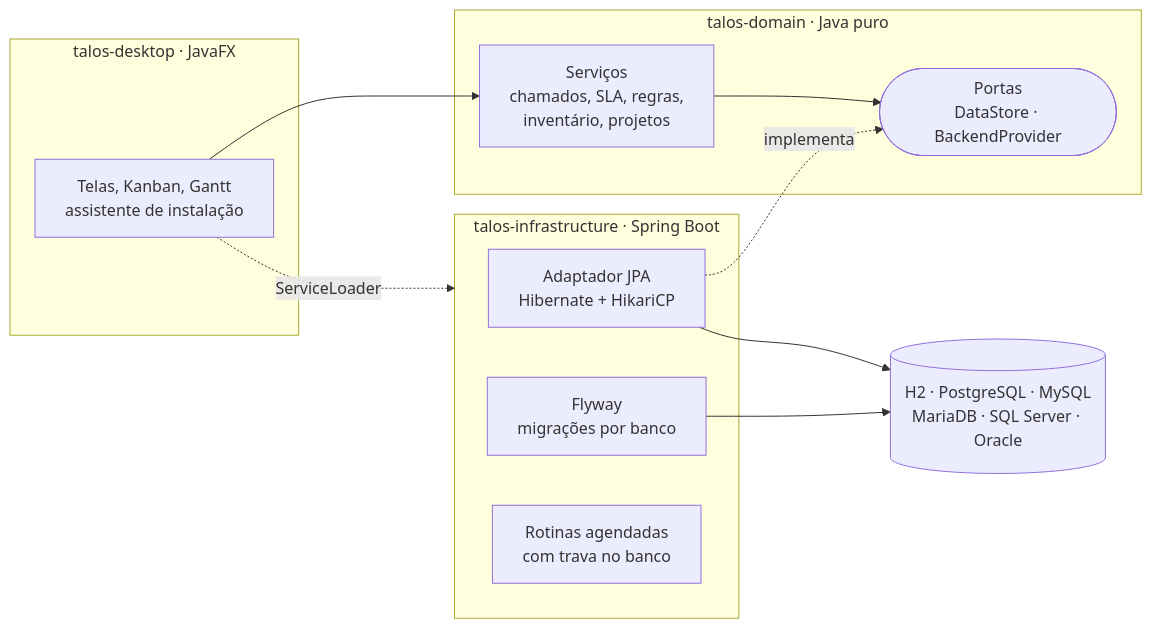
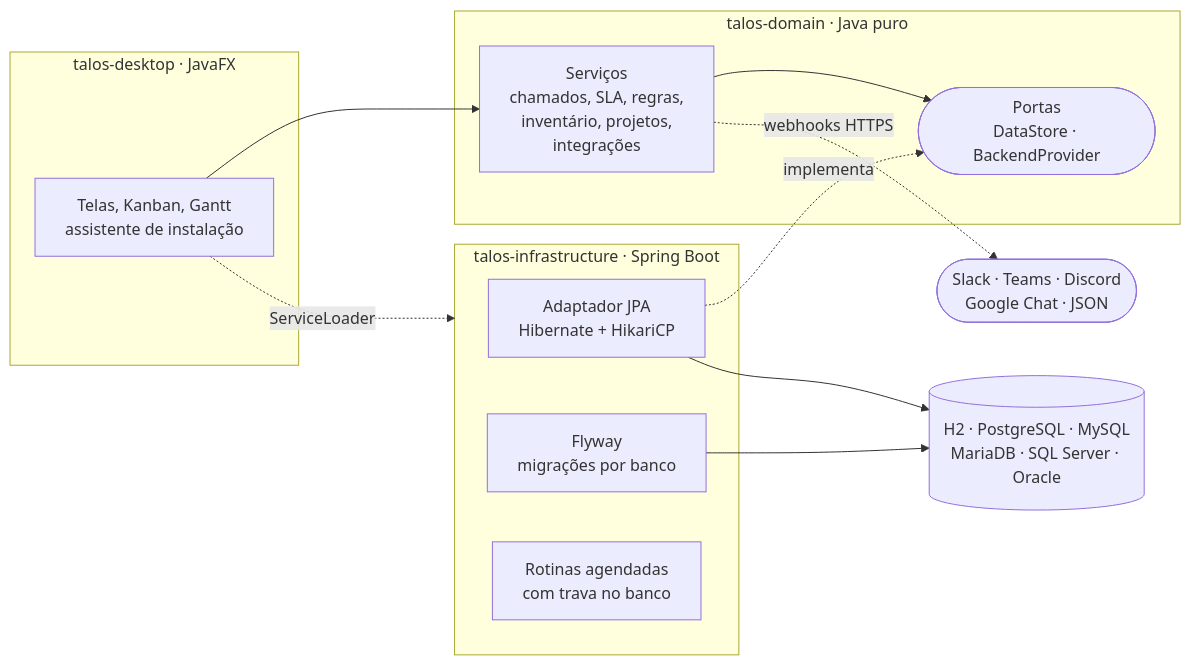
Before and after one commit to ravelroot/Information-Technology-Service-Management: the diagram in README.md, drawn with Mermaid. The commit also changed other lines of this file and 57 other files, not shown here.

````diff
--- a/README.md
+++ b/README.md
@@ -301,23 +410,25 @@
 ```mermaid
 flowchart LR
     subgraph desktop["talos-desktop · JavaFX"]
         UI["Telas, Kanban, Gantt<br/>assistente de instalação"]
     end
     subgraph domain["talos-domain · Java puro"]
-        S["Serviços<br/>chamados, SLA, regras,<br/>inventário, projetos"]
+        S["Serviços<br/>chamados, SLA, regras,<br/>inventário, projetos,<br/>integrações"]
         P(["Portas<br/>DataStore · BackendProvider"])
     end
     subgraph infra["talos-infrastructure · Spring Boot"]
         J["Adaptador JPA<br/>Hibernate + HikariCP"]
         F["Flyway<br/>migrações por banco"]
         K["Rotinas agendadas<br/>com trava no banco"]
     end
     DB[("H2 · PostgreSQL · MySQL<br/>MariaDB · SQL Server · Oracle")]
+    W(["Slack · Teams · Discord<br/>Google Chat · JSON"])
 
     UI --> S
     S --> P
     J -. implementa .-> P
     UI -. ServiceLoader .-> infra
     J --> DB
     F --> DB
+    S -. webhooks HTTPS .-> W
 ```
````
